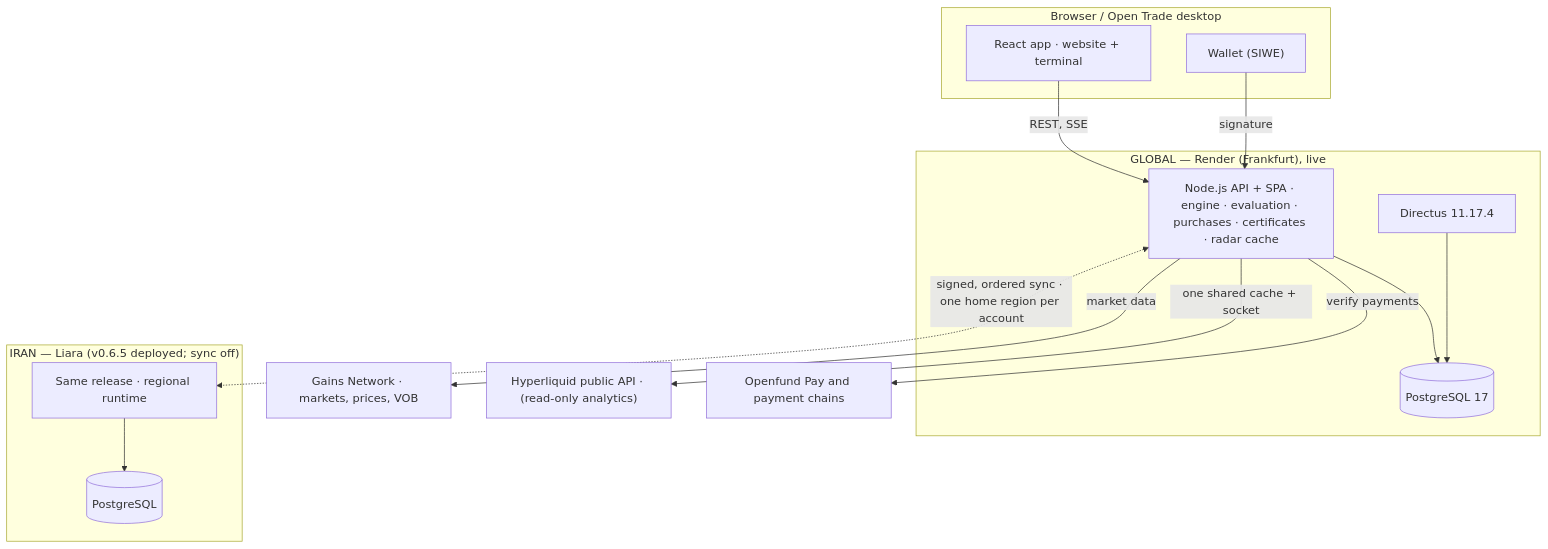
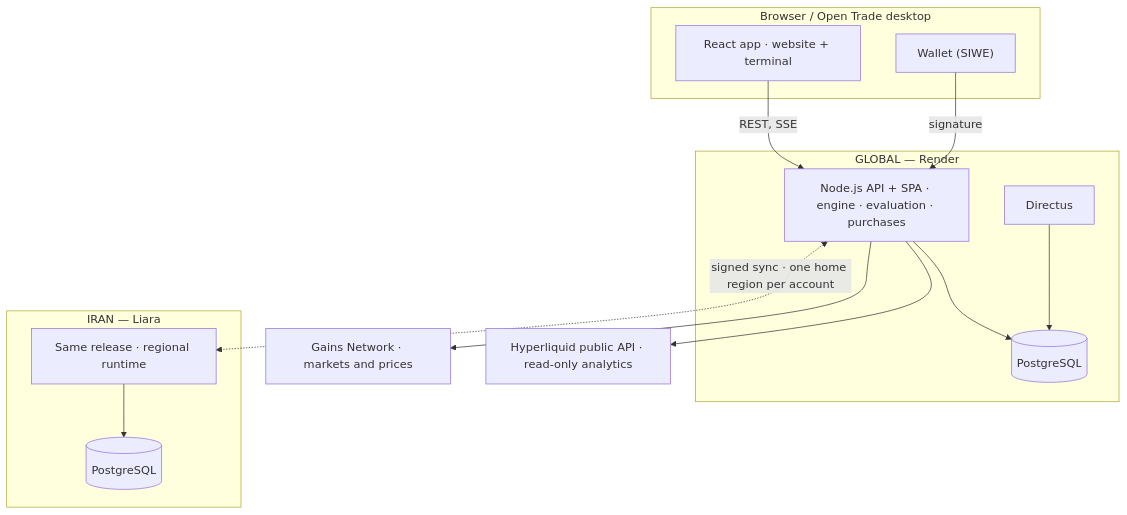
The diagram in README.md (algomanlife/openfund), drawn with Mermaid before and after one commit. The commit also changed other lines of this file and 27 other files, not shown here.

````diff
--- a/README.md
+++ b/README.md
@@ -738,29 +135,26 @@
 ```mermaid
 flowchart TB
   subgraph Client["Browser / Open Trade desktop"]
     Web["React app · website + terminal"]
     Wallet["Wallet (SIWE)"]
   end
-  subgraph Global["GLOBAL — Render (Frankfurt), live"]
-    API["Node.js API + SPA · engine · evaluation · purchases · certificates · radar cache"]
-    CMS["Directus 11.17.4"]
-    DB[("PostgreSQL 17")]
+  subgraph Global["GLOBAL — Render"]
+    API["Node.js API + SPA · engine · evaluation · purchases"]
+    CMS["Directus"]
+    DB[("PostgreSQL")]
   end
-  subgraph Iran["IRAN — Liara (v0.6.5 deployed; sync off)"]
+  subgraph Iran["IRAN — Liara"]
     APIIR["Same release · regional runtime"]
     DBIR[("PostgreSQL")]
   end
-  Gains["Gains Network · markets, prices, VOB"]
-  HL["Hyperliquid public API · (read-only analytics)"]
-  Pay["Openfund Pay and payment chains"]
-
+  Gains["Gains Network · markets and prices"]
+  HL["Hyperliquid public API · read-only analytics"]
   Web -->|REST, SSE| API
   Wallet -->|signature| API
   API --> DB
   CMS --> DB
-  API -->|market data| Gains
-  API -->|one shared cache + socket| HL
-  API -->|verify payments| Pay
+  API --> Gains
+  API --> HL
   APIIR --> DBIR
-  API <-.->|"signed, ordered sync · one home region per account"| APIIR
+  API <-.->|"signed sync · one home region per account"| APIIR
 ```
````
